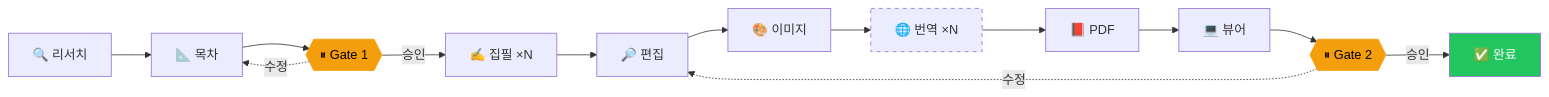
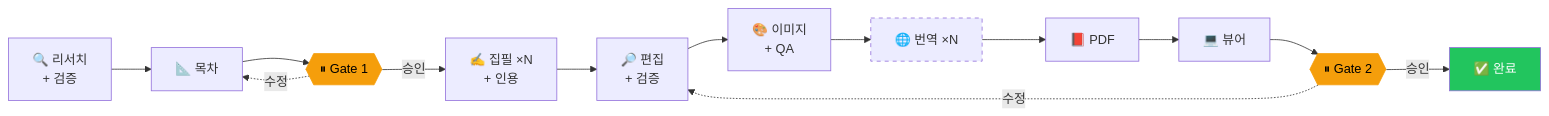
The second of 2 diagrams in README_KO.md (lowtidebuild/ebook-writer), drawn with Mermaid before and after one commit. The commit also changed other lines of this file and 1 other file, not shown here.

First line of the commit message:
v3: Update READMEs with Ground Truth Architecture features

````diff
--- a/README_KO.md
+++ b/README_KO.md
@@ -163,20 +182,20 @@
 ```mermaid
 flowchart LR
-    S1["🔍 리서치"] --> S2["📐 목차"]
+    S1["🔍 리서치<br/>+ 검증"] --> S2["📐 목차"]
     S2 --> G1{{"⏸ Gate 1"}}
-    G1 -->|승인| S3["✍️ 집필 ×N"]
+    G1 -->|승인| S3["✍️ 집필 ×N<br/>+ 인용"]
     G1 -.->|수정| S2
-    S3 --> S4["🔎 편집"]
-    S4 --> S5["🎨 이미지"]
+    S3 --> S4["🔎 편집<br/>+ 검증"]
+    S4 --> S5["🎨 이미지<br/>+ QA"]
     S5 --> S6["🌐 번역 ×N"]
     S6 --> S7["📕 PDF"]
     S7 --> S8["💻 뷰어"]
     S8 --> G2{{"⏸ Gate 2"}}
     G2 -->|승인| Done["✅ 완료"]
     G2 -.->|수정| S4
 
     style G1 fill:#f59e0b,color:#000,stroke:#f59e0b
     style G2 fill:#f59e0b,color:#000,stroke:#f59e0b
     style Done fill:#22c55e,color:#fff
     style S6 stroke-dasharray:5 5
 ```
````
